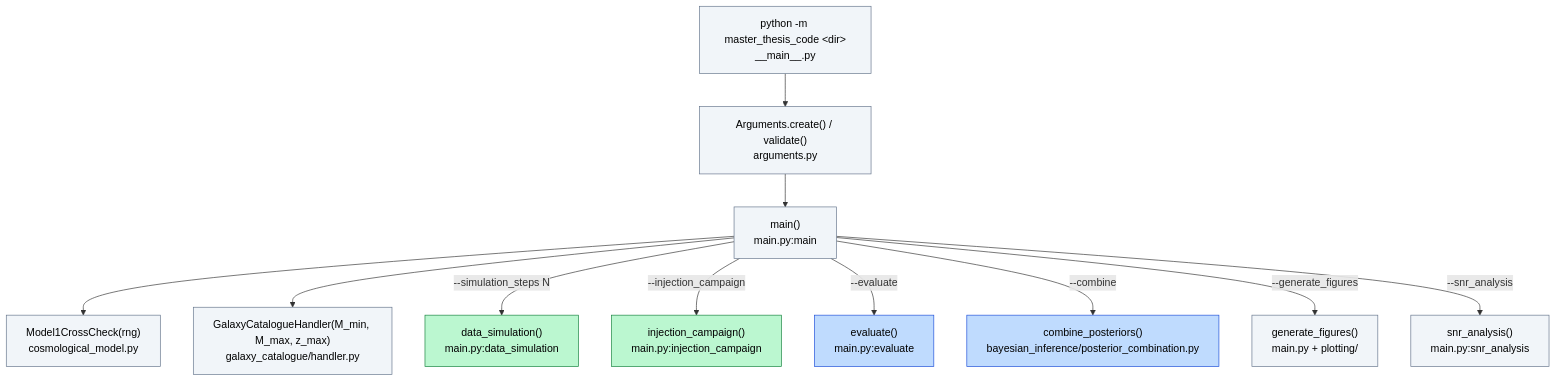
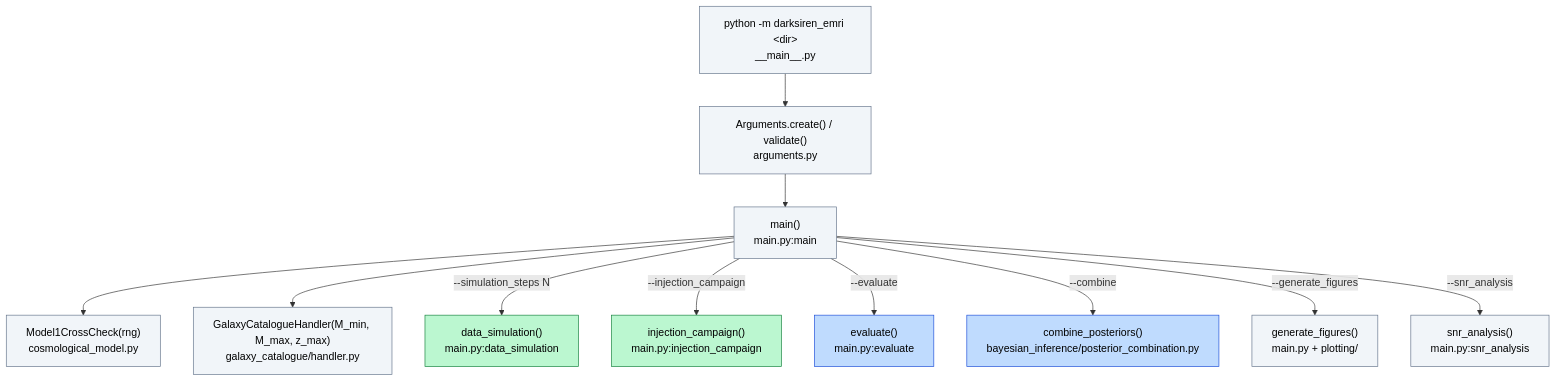
Before and after one commit to JasperSeehofer/MasterThesisCode: the first of 4 diagrams in docs/PIPELINE_FLOWCHART.md, drawn with Mermaid. The commit also changed other lines of this file and 487 other files, not shown here.

````diff
--- a/docs/PIPELINE_FLOWCHART.md
+++ b/docs/PIPELINE_FLOWCHART.md
@@ -32,20 +32,20 @@
 ```mermaid
 flowchart TD
-    CLI["python -m master_thesis_code &lt;dir&gt;<br/>__main__.py"] --> ARGS["Arguments.create() / validate()<br/>arguments.py"]
+    CLI["python -m darksiren_emri &lt;dir&gt;<br/>__main__.py"] --> ARGS["Arguments.create() / validate()<br/>arguments.py"]
     ARGS --> MAIN["main()<br/>main.py:main"]
     MAIN --> MODEL["Model1CrossCheck(rng)<br/>cosmological_model.py"]
     MAIN --> CAT["GalaxyCatalogueHandler(M_min, M_max, z_max)<br/>galaxy_catalogue/handler.py"]
     MAIN -->|"--simulation_steps N"| P1["data_simulation()<br/>main.py:data_simulation"]
     MAIN -->|"--injection_campaign"| INJ["injection_campaign()<br/>main.py:injection_campaign"]
     MAIN -->|"--evaluate"| P2["evaluate()<br/>main.py:evaluate"]
     MAIN -->|"--combine"| COMB["combine_posteriors()<br/>bayesian_inference/posterior_combination.py"]
     MAIN -->|"--generate_figures"| FIG["generate_figures()<br/>main.py + plotting/"]
     MAIN -->|"--snr_analysis"| SNRA["snr_analysis()<br/>main.py:snr_analysis"]
 
     classDef gpu fill:#bbf7d0,stroke:#15803d,color:#000;
     classDef cpu fill:#bfdbfe,stroke:#1d4ed8,color:#000;
     classDef shared fill:#f1f5f9,stroke:#64748b,color:#000;
     class P1,INJ gpu;
     class P2,COMB cpu;
     class CLI,ARGS,MAIN,MODEL,CAT,FIG,SNRA shared;
 ```
````
